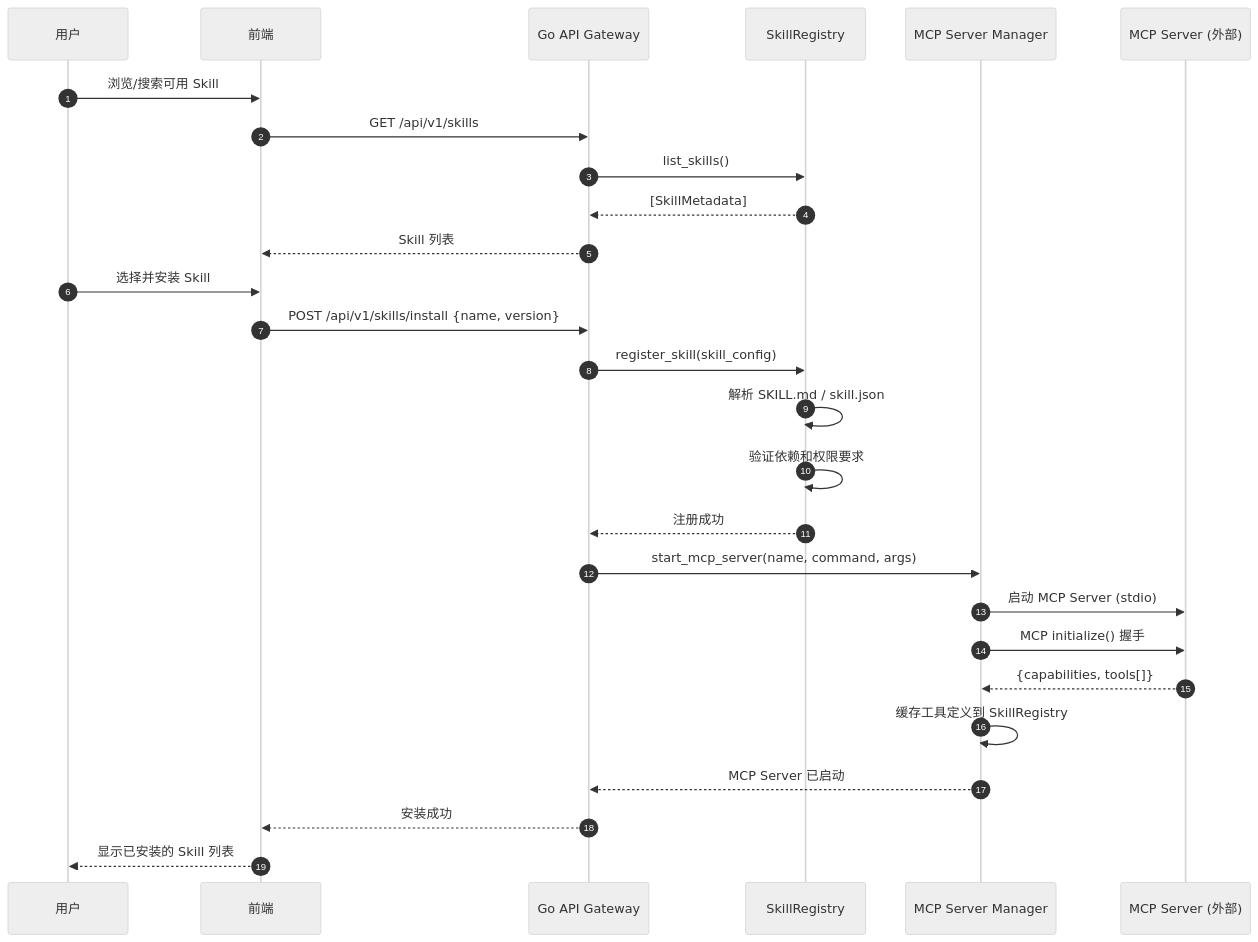
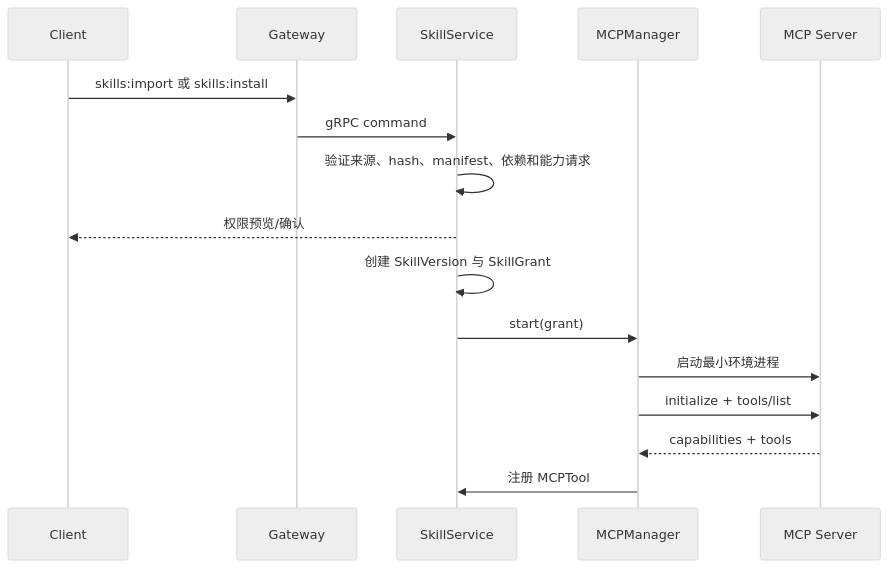
Before and after one commit to Mime-AL/MaigoKite: the sixth of 9 diagrams in docs/design/Sequence.md, drawn with Mermaid (neutral theme). The commit also changed other lines of this file and 280 other files, not shown here.

````diff
--- a/docs/design/Sequence.md
+++ b/docs/design/Sequence.md
@@ -173,30 +125,19 @@
 ```mermaid
 sequenceDiagram
-    autonumber
-    participant U as 用户
-    participant FE as 前端
-    participant GW as Go API Gateway
-    participant SR as SkillRegistry
-    participant MCP as MCP Server Manager
-    participant SKILL as MCP Server (外部)
+    participant UI as Client
+    participant G as Gateway
+    participant P as SkillService
+    participant M as MCPManager
+    participant S as MCP Server
 
-    U->>FE: 浏览/搜索可用 Skill
-    FE->>GW: GET /api/v1/skills
-    GW->>SR: list_skills()
-    SR-->>GW: [SkillMetadata]
-    GW-->>FE: Skill 列表
-    U->>FE: 选择并安装 Skill
-    FE->>GW: POST /api/v1/skills/install {name, version}
-    GW->>SR: register_skill(skill_config)
-    SR->>SR: 解析 SKILL.md / skill.json
-    SR->>SR: 验证依赖和权限要求
-    SR-->>GW: 注册成功
-    GW->>MCP: start_mcp_server(name, command, args)
-    MCP->>SKILL: 启动 MCP Server (stdio)
-    MCP->>SKILL: MCP initialize() 握手
-    SKILL-->>MCP: {capabilities, tools[]}
-    MCP->>MCP: 缓存工具定义到 SkillRegistry
-    MCP-->>GW: MCP Server 已启动
-    GW-->>FE: 安装成功
-    FE-->>U: 显示已安装的 Skill 列表
+    UI->>G: skills:import 或 skills:install
+    G->>P: gRPC command
+    P->>P: 验证来源、hash、manifest、依赖和能力请求
+    P-->>UI: 权限预览/确认
+    P->>P: 创建 SkillVersion 与 SkillGrant
+    P->>M: start(grant)
+    M->>S: 启动最小环境进程
+    M->>S: initialize + tools/list
+    S-->>M: capabilities + tools
+    M->>P: 注册 MCPTool
 ```
````
